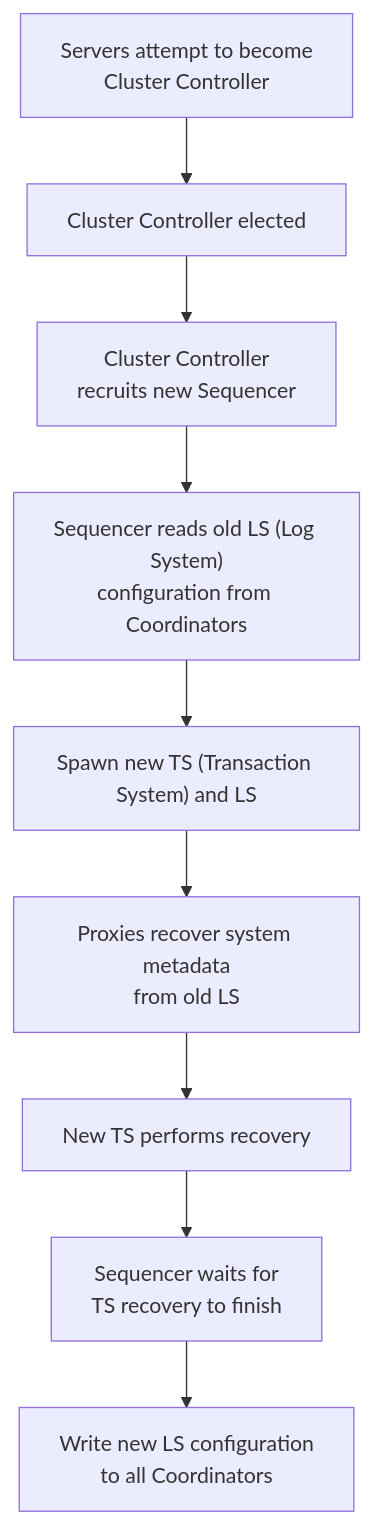
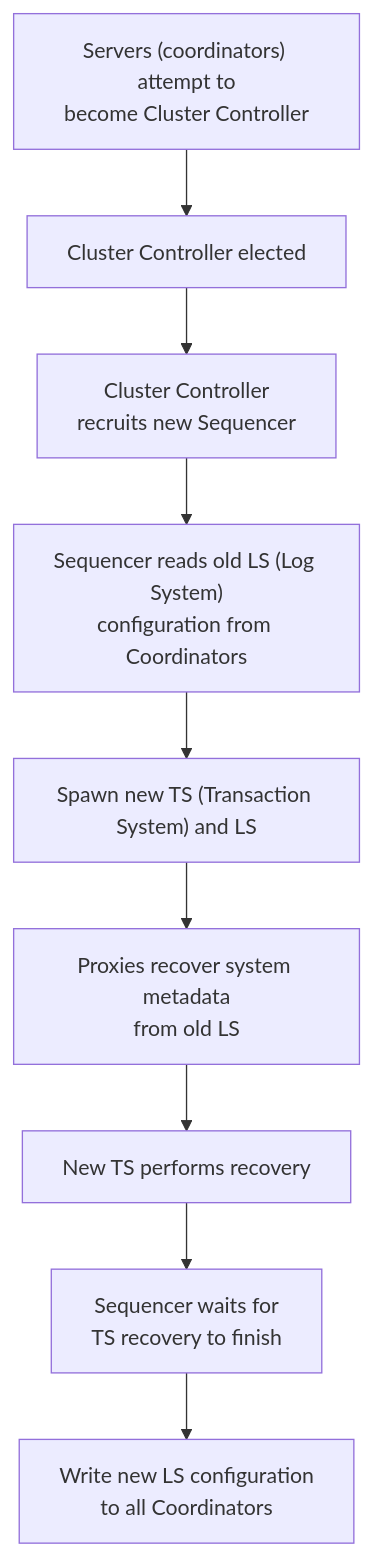
Before and after one commit to Cannizzaro-reaction/CSCI585_notes: the first of 3 diagrams in Foundation DB.md, drawn with Mermaid. The commit also changed other lines of this file and 3 other files, not shown here.

````diff
--- a/Foundation DB.md
+++ b/Foundation DB.md
@@ -79,21 +79,21 @@
 ```mermaid
 flowchart TD
-    A[Servers attempt to become<br/>Cluster Controller]
+    A["Servers (coordinators) attempt to<br/>become Cluster Controller"]
     B[Cluster Controller elected]
     C[Cluster Controller<br/>recruits new Sequencer]
     D["Sequencer reads old LS (Log System)<br/>configuration from Coordinators"]
     E["Spawn new TS (Transaction System) and LS"]
     F[Proxies recover system metadata<br/>from old LS]
     G[New TS performs recovery]
     H[Sequencer waits for<br/>TS recovery to finish]
     I[Write new LS configuration<br/>to all Coordinators]
 
     A --> B
     B --> C
     C --> D
     D --> E
     E --> F
     F --> G
     G --> H
     H --> I
 ```
````
